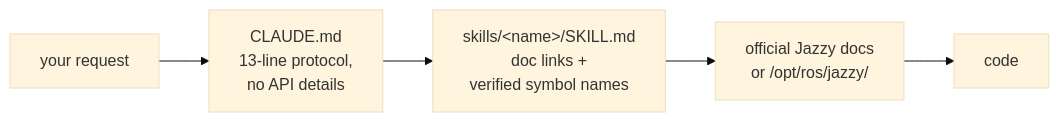
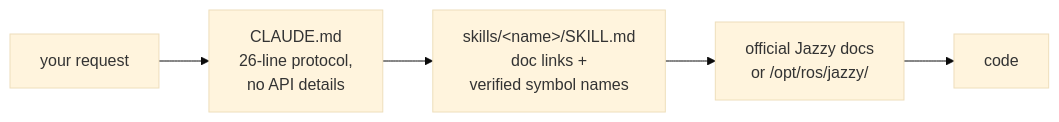
The diagram in README.md (Leehyunbin0131/claude-ros2-skills), drawn with Mermaid (base theme) before and after one commit. The commit also changed other lines of this file and 11 other files, not shown here.

````diff
--- a/README.md
+++ b/README.md
@@ -143,7 +143,7 @@
 ```mermaid
 flowchart LR
-    A["your request"] --> B["CLAUDE.md<br/>13-line protocol,<br/>no API details"]
+    A["your request"] --> B["CLAUDE.md<br/>26-line protocol,<br/>no API details"]
     B --> C["skills/&lt;name&gt;/SKILL.md<br/>doc links +<br/>verified symbol names"]
     C --> D["official Jazzy docs<br/>or /opt/ros/jazzy/"]
     D --> E["code"]
 ```
````
